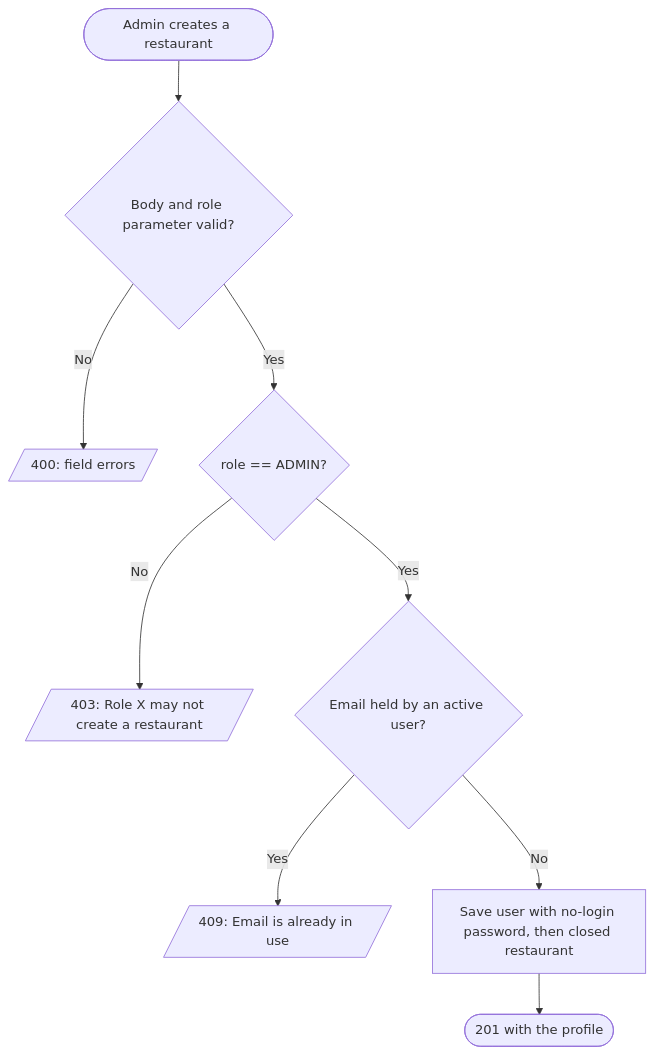
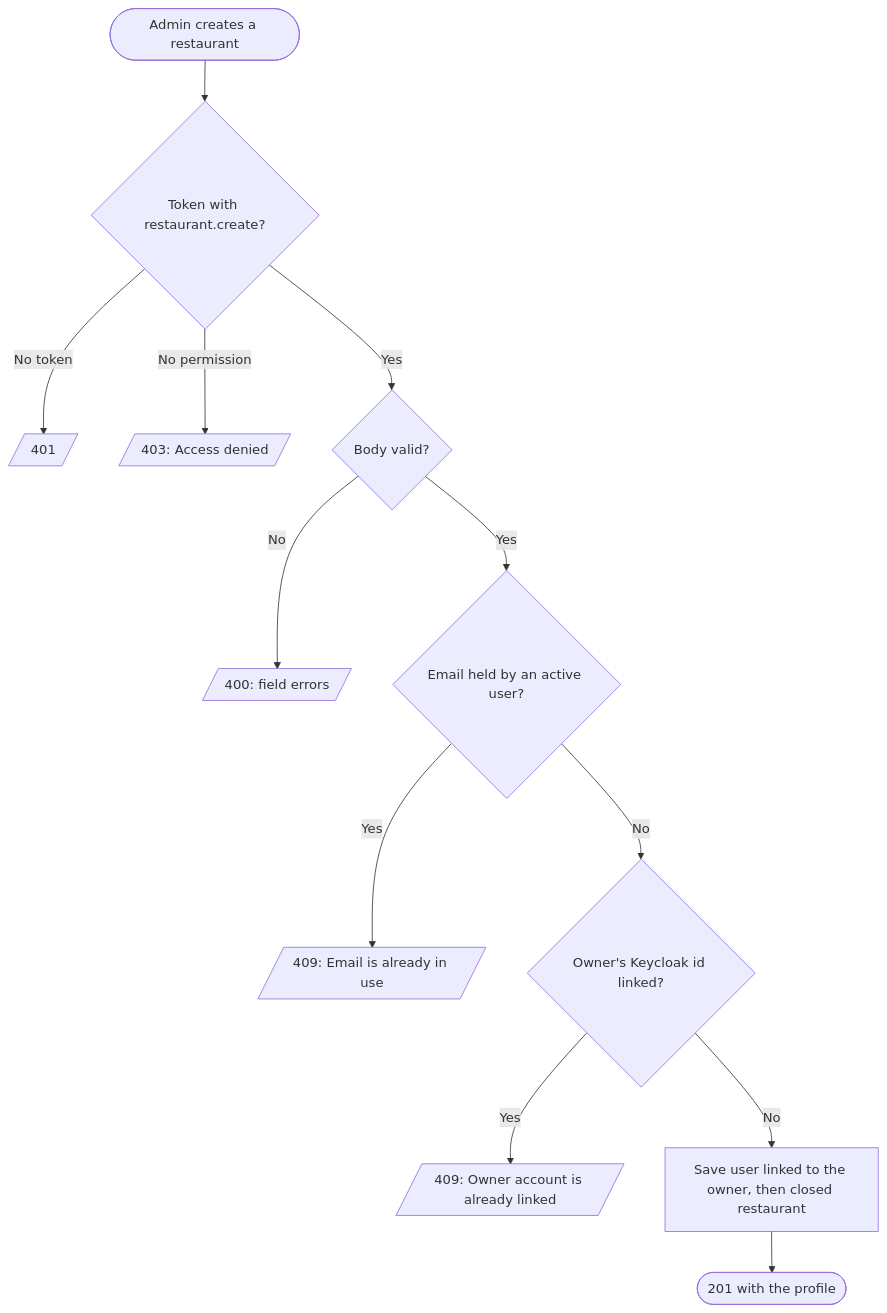
Before and after one commit to msmohammed0077-cmd/mentorship-restaurant: the first of 2 diagrams in restaurant/.docs/use-cases/restaurant-management/create-restaurant/create-restaurant.md, drawn with Mermaid. The commit also changed other lines of this file and 27 other files, not shown here.

First line of the commit message:
Put the restaurant endpoints behind Keycloak auth

````diff
--- a/restaurant/.docs/use-cases/restaurant-management/create-restaurant/create-restaurant.md
+++ b/restaurant/.docs/use-cases/restaurant-management/create-restaurant/create-restaurant.md
@@ -120,11 +131,14 @@
 ```mermaid
 flowchart TD
-    Start([Admin creates a restaurant]) --> Valid{Body and role parameter valid?}
+    Start([Admin creates a restaurant]) --> Token{Token with restaurant.create?}
+    Token -- No token --> R401[/401/]
+    Token -- No permission --> R403[/403: Access denied/]
+    Token -- Yes --> Valid{Body valid?}
     Valid -- No --> R400[/400: field errors/]
-    Valid -- Yes --> Admin{role == ADMIN?}
-    Admin -- No --> R403[/403: Role X may not create a restaurant/]
-    Admin -- Yes --> Email{Email held by an active user?}
-    Email -- Yes --> R409[/409: Email is already in use/]
-    Email -- No --> Save[Save user with no-login password, then closed restaurant]
+    Valid -- Yes --> Email{Email held by an active user?}
+    Email -- Yes --> R409E[/409: Email is already in use/]
+    Email -- No --> Linked{Owner's Keycloak id linked?}
+    Linked -- Yes --> R409O[/409: Owner account is already linked/]
+    Linked -- No --> Save[Save user linked to the owner, then closed restaurant]
     Save --> Done([201 with the profile])
 ```
````
